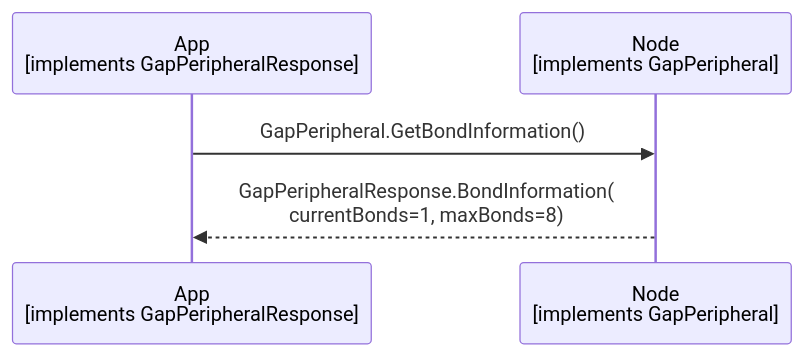
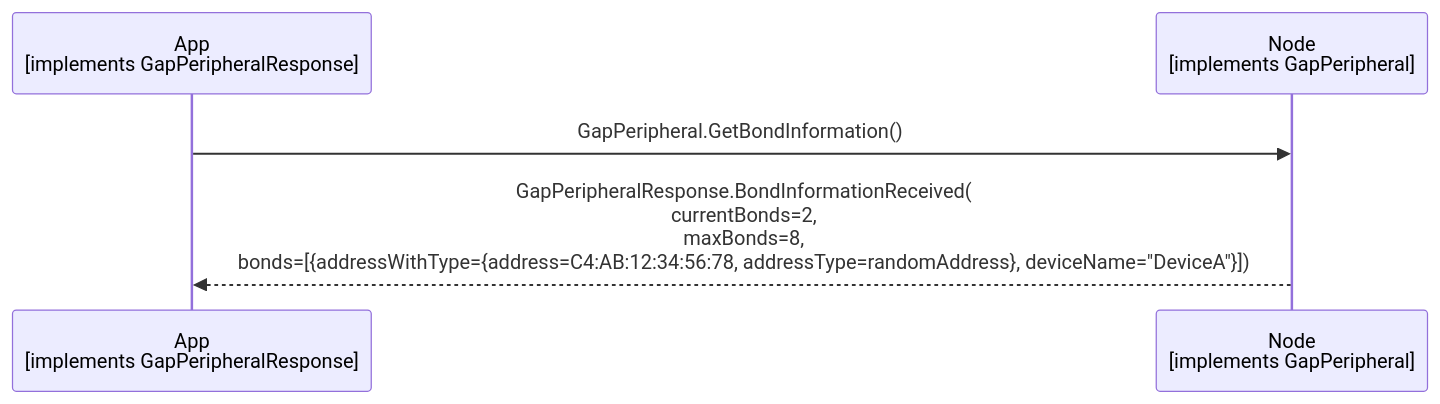
Before and after one commit to philips-software/amp-embedded-infra-lib: the diagram in documents/modules/ROOT/partials/echoservices/gap_peripheral/GapPeripheral_GetBondInformation_sequence.mmd, drawn with Mermaid. The commit also changed 8 other files, not shown here.

Commit message:
update adoc and mermaid diagrams

```diff
--- a/documents/modules/ROOT/partials/echoservices/gap_peripheral/GapPeripheral_GetBondInformation_sequence.mmd
+++ b/documents/modules/ROOT/partials/echoservices/gap_peripheral/GapPeripheral_GetBondInformation_sequence.mmd
@@ -1,5 +1,5 @@
 sequenceDiagram
     participant App as App<br>[implements GapPeripheralResponse]
     participant Node as Node<br>[implements GapPeripheral]
     App->>Node: GapPeripheral.GetBondInformation()
-    Node-->>App: GapPeripheralResponse.BondInformation(<br>currentBonds=1, maxBonds=8)
+    Node-->>App: GapPeripheralResponse.BondInformationReceived(<br>currentBonds=2,<br>maxBonds=8,<br>bonds=[{addressWithType={address=C4:AB:12:34:56:78, addressType=randomAddress}, deviceName="DeviceA"}])
```
